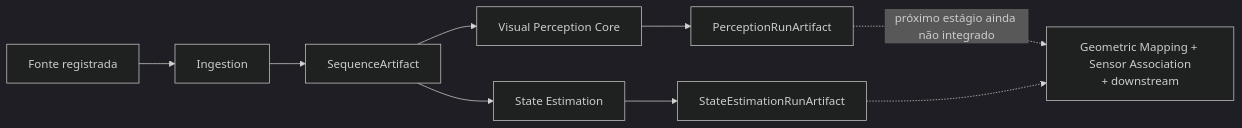
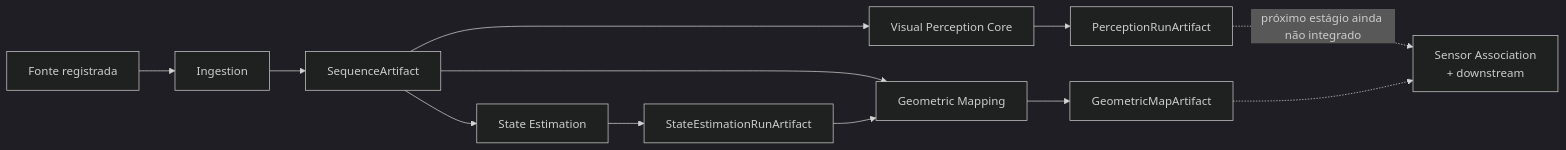
The second of 18 diagrams in docs/PIPELINE.md (Alexandre-Tortoza/contextmap2), drawn with Mermaid (dark theme) before and after one commit. The commit also changed other lines of this file and 6 other files, not shown here.

First line of the commit message:
docs(geometric-mapping): integrate the milestone into the global documentation

````diff
--- a/docs/PIPELINE.md
+++ b/docs/PIPELINE.md
@@ -83,11 +83,14 @@
 ```mermaid
 flowchart LR
     RAW["Fonte registrada"] --> ING["Ingestion"]
     ING --> SEQ["SequenceArtifact"]
     SEQ --> VP["Visual Perception Core"]
     VP --> PRA["PerceptionRunArtifact"]
     SEQ --> ST["State Estimation"]
     ST --> TRA["StateEstimationRunArtifact"]
-    PRA -. próximo estágio ainda não integrado .-> FUT["Geometric Mapping + Sensor Association<br/>+ downstream"]
-    TRA -.-> FUT
+    SEQ --> GM["Geometric Mapping"]
+    TRA --> GM
+    GM --> MAPA["GeometricMapArtifact"]
+    PRA -. próximo estágio ainda não integrado .-> FUT["Sensor Association<br/>+ downstream"]
+    MAPA -.-> FUT
 ```
````
